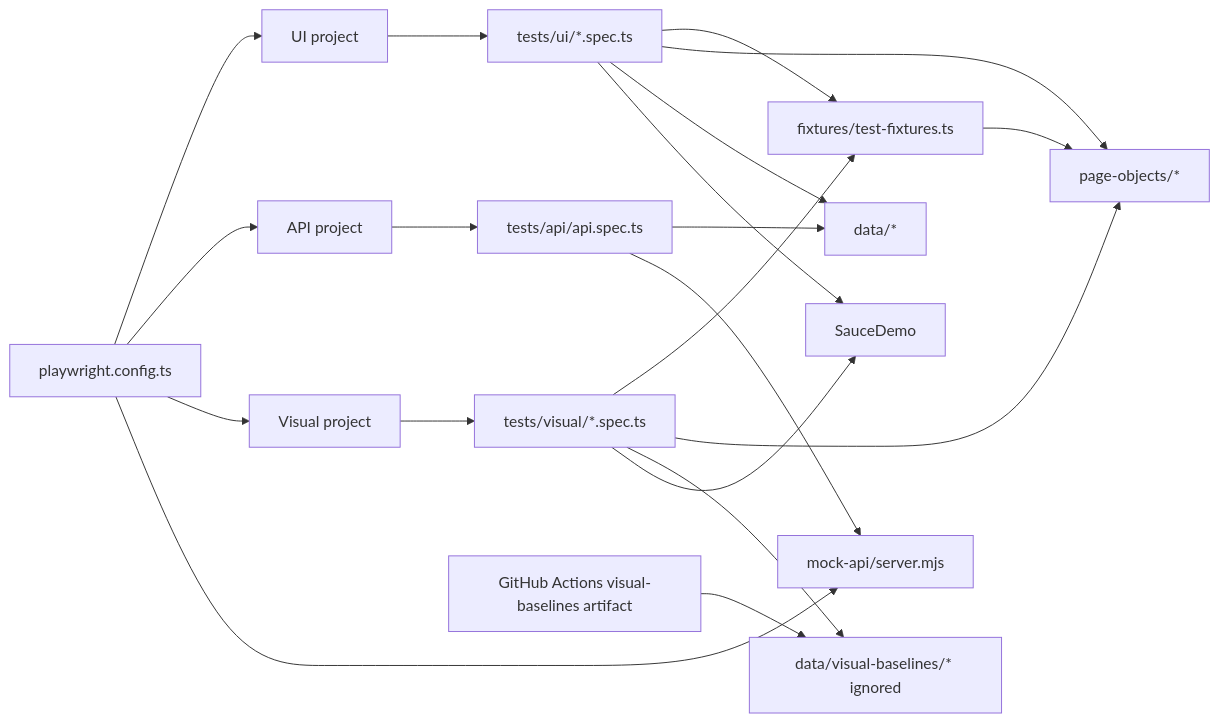
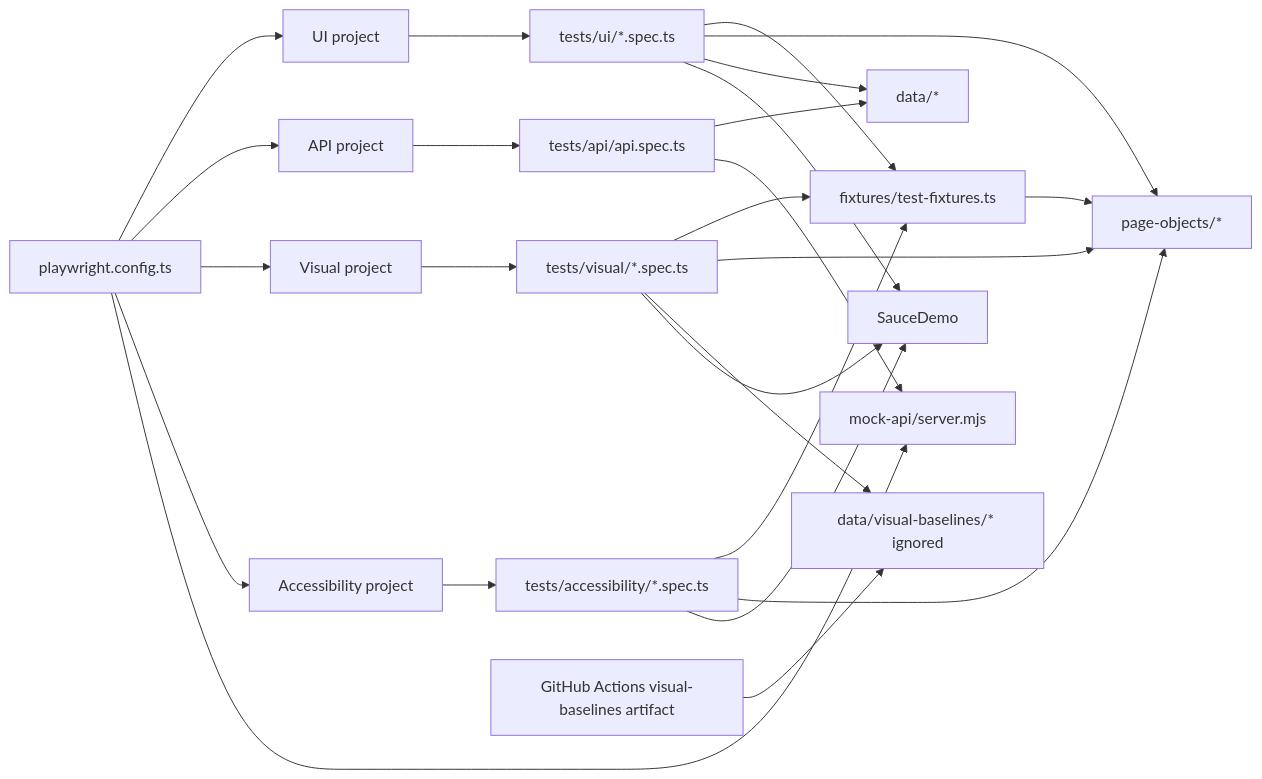
One commit to namthtran98/saucedemo-playwright changed the diagram in docs/system-architecture.md. Above: the diagram before and after it, drawn with Mermaid. The commit also changed other lines of this file and 8 other files, not shown here.

````diff
--- a/docs/system-architecture.md
+++ b/docs/system-architecture.md
@@ -9,37 +9,44 @@
 ```mermaid
 flowchart LR
   Config[playwright.config.ts]
   UIProject[UI project]
   APIProject[API project]
   VisualProject[Visual project]
+  AccessibilityProject[Accessibility project]
   SpecsUI[tests/ui/*.spec.ts]
   SpecsAPI[tests/api/api.spec.ts]
   SpecsVisual[tests/visual/*.spec.ts]
+  SpecsAccessibility[tests/accessibility/*.spec.ts]
   Fixtures[fixtures/test-fixtures.ts]
   POM[page-objects/*]
   Data[data/*]
   Baselines[data/visual-baselines/* ignored]
   Artifacts[GitHub Actions visual-baselines artifact]
   SauceDemo[SauceDemo]
   MockAPI[mock-api/server.mjs]
 
   Config --> UIProject
   Config --> APIProject
   Config --> VisualProject
+  Config --> AccessibilityProject
   Config --> MockAPI
   Artifacts --> Baselines
   UIProject --> SpecsUI
   APIProject --> SpecsAPI
   VisualProject --> SpecsVisual
+  AccessibilityProject --> SpecsAccessibility
   SpecsUI --> Fixtures
   SpecsVisual --> Fixtures
+  SpecsAccessibility --> Fixtures
   Fixtures --> POM
   SpecsUI --> POM
   SpecsVisual --> POM
+  SpecsAccessibility --> POM
   SpecsUI --> Data
   SpecsAPI --> Data
   SpecsVisual --> Baselines
   SpecsUI --> SauceDemo
   SpecsVisual --> SauceDemo
+  SpecsAccessibility --> SauceDemo
   SpecsAPI --> MockAPI
 ```
````
